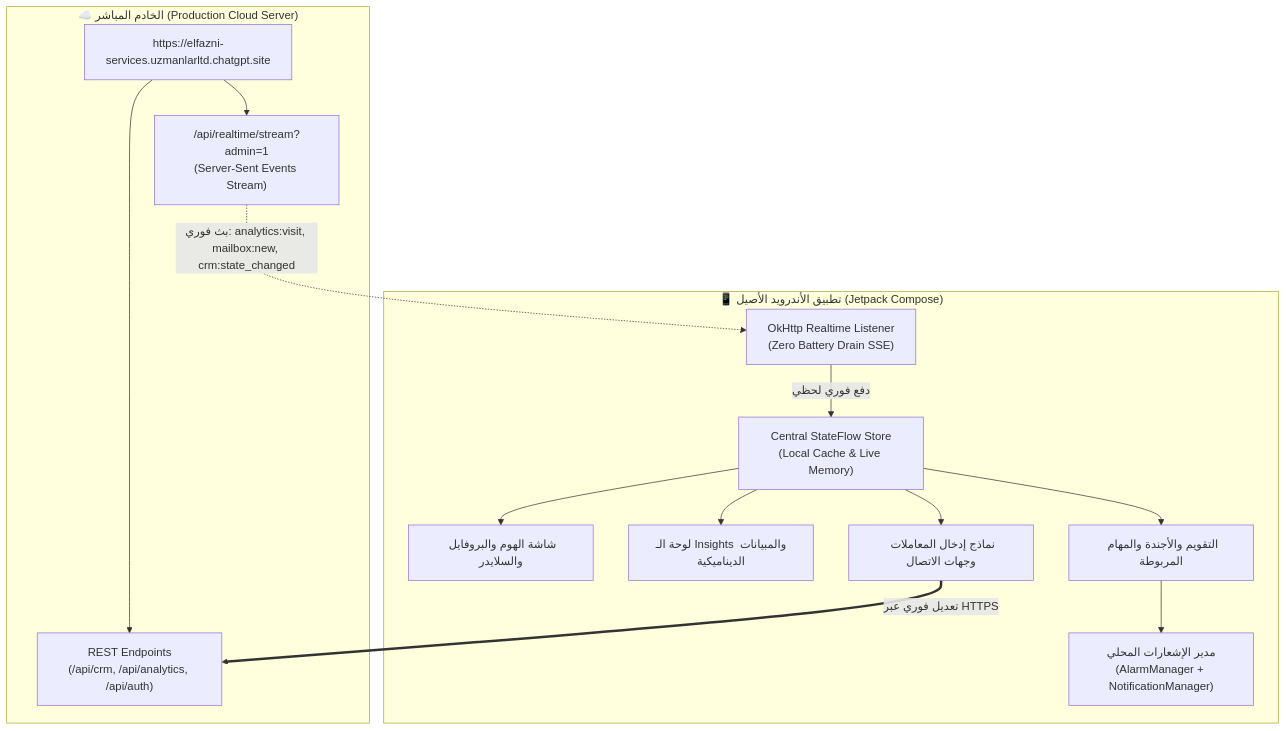
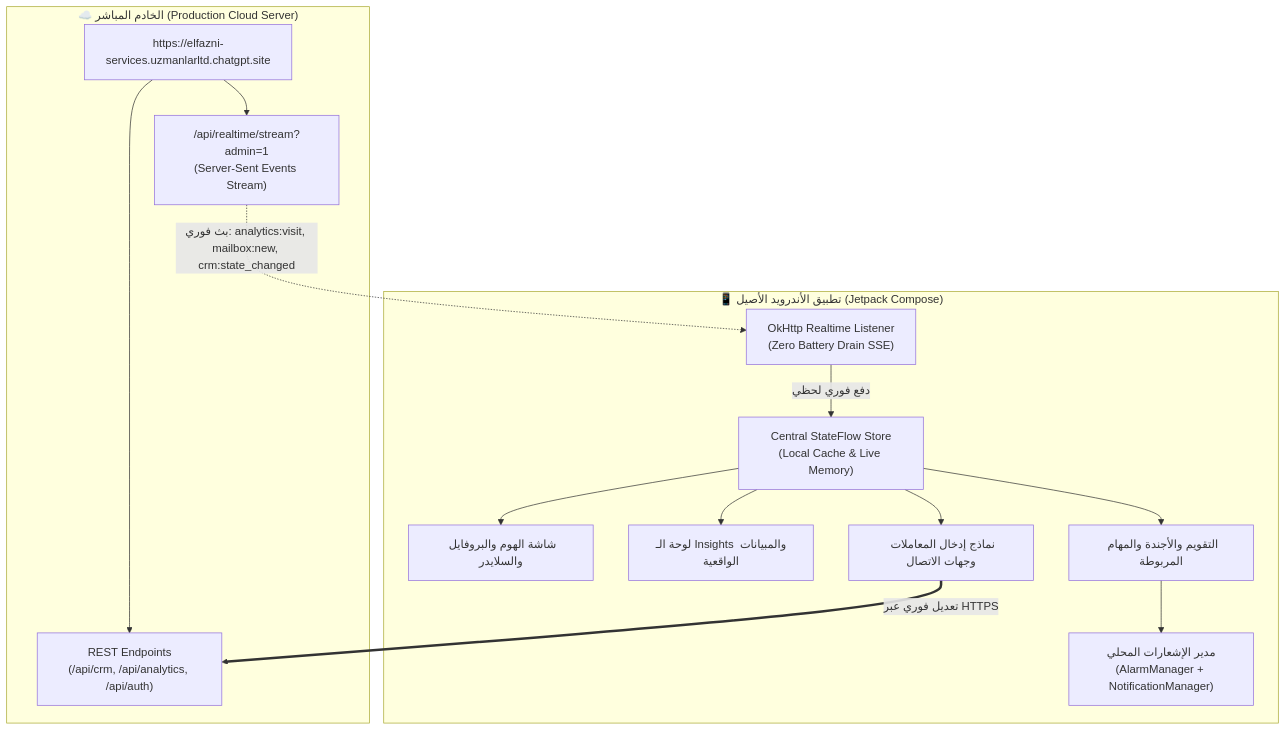
One commit to rachidelfazni/elfazni-services changed the second of 3 diagrams in docs/ELFAZNI_SERVICES_ANDROID_MASTER_MDA.md. Above: the diagram before and after it, drawn with Mermaid. The commit also changed other lines of this file, not shown here.

````diff
--- a/docs/ELFAZNI_SERVICES_ANDROID_MASTER_MDA.md
+++ b/docs/ELFAZNI_SERVICES_ANDROID_MASTER_MDA.md
@@ -45,30 +472,30 @@
 ```mermaid
 flowchart TD
     subgraph CloudServer["☁️ الخادم المباشر (Production Cloud Server)"]
         LiveHost["https://elfazni-services.uzmanlarltd.chatgpt.site"]
         SSEHub["/api/realtime/stream?admin=1\n(Server-Sent Events Stream)"]
         RestHub["REST Endpoints\n(/api/crm, /api/analytics, /api/auth)"]
         LiveHost --> SSEHub
         LiveHost --> RestHub
     end
 
     subgraph AndroidApp["📱 تطبيق الأندرويد الأصيل (Jetpack Compose)"]
         SSEListener["OkHttp Realtime Listener\n(Zero Battery Drain SSE)"]
         StateFlowStore["Central StateFlow Store\n(Local Cache & Live Memory)"]
         UIHome["شاشة الهوم والبروفايل والسلايدر"]
-        UIInsights["لوحة الـ Insights والمبيانات الديناميكية"]
+        UIInsights["لوحة الـ Insights والمبيانات الواقعية"]
         UICalendar["التقويم والأجندة والمهام المربوطة"]
         UIForms["نماذج إدخال المعاملات وجهات الاتصال"]
         LocalNotifications["مدير الإشعارات المحلي\n(AlarmManager + NotificationManager)"]
 
         SSEListener -->|دفع فوري لحظي| StateFlowStore
         StateFlowStore --> UIHome
         StateFlowStore --> UIInsights
         StateFlowStore --> UICalendar
         StateFlowStore --> UIForms
         UICalendar --> LocalNotifications
         UIForms ==>|تعديل فوري عبر HTTPS| RestHub
     end
 
     SSEHub -.->|بث فوري: analytics:visit, mailbox:new, crm:state_changed| SSEListener
 ```
````
